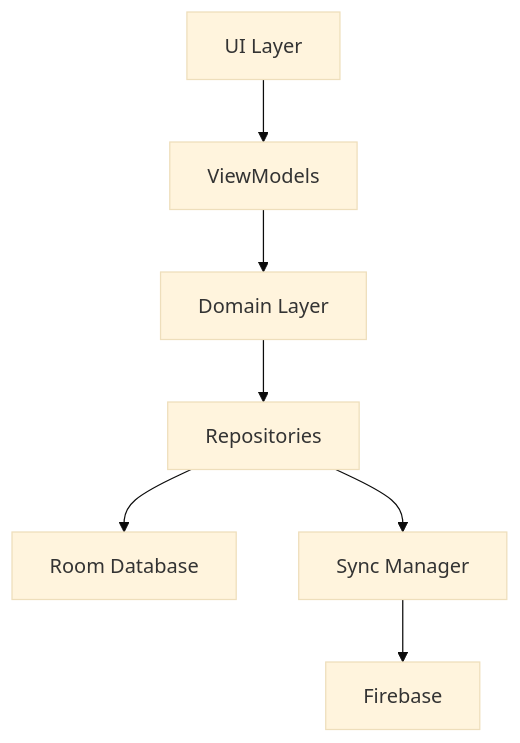
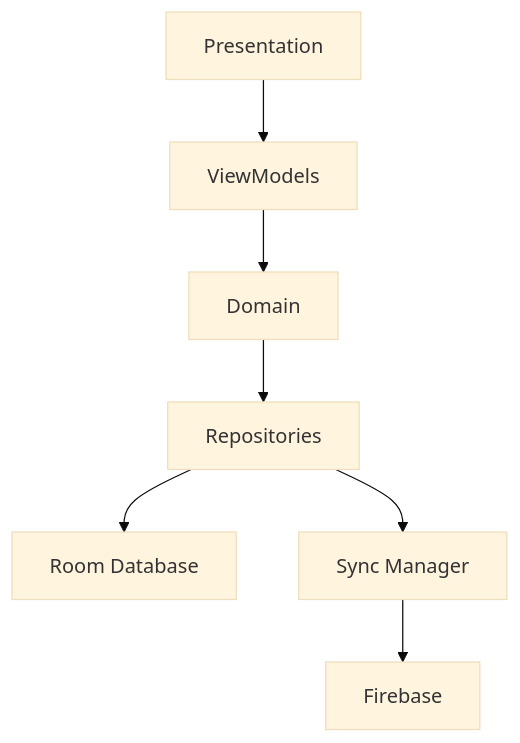
One commit to HExhim/TaskMaster changed the diagram in README.md. Above: the diagram before and after it, drawn with Mermaid (base theme). The commit also changed other lines of this file, not shown here.

````diff
--- a/README.md
+++ b/README.md
@@ -60,26 +53,18 @@
 ```mermaid
 graph TD
 
-UI[UI Layer]
-
+UI[Presentation]
 VM[ViewModels]
-
-DOMAIN[Domain Layer]
-
+DOMAIN[Domain]
 REPO[Repositories]
-
-LOCAL[Room Database]
-
+ROOM[Room Database]
 SYNC[Sync Manager]
-
 FIREBASE[Firebase]
 
 UI --> VM
 VM --> DOMAIN
 DOMAIN --> REPO
-
-REPO --> LOCAL
+REPO --> ROOM
 REPO --> SYNC
-
 SYNC --> FIREBASE
 ```
````
